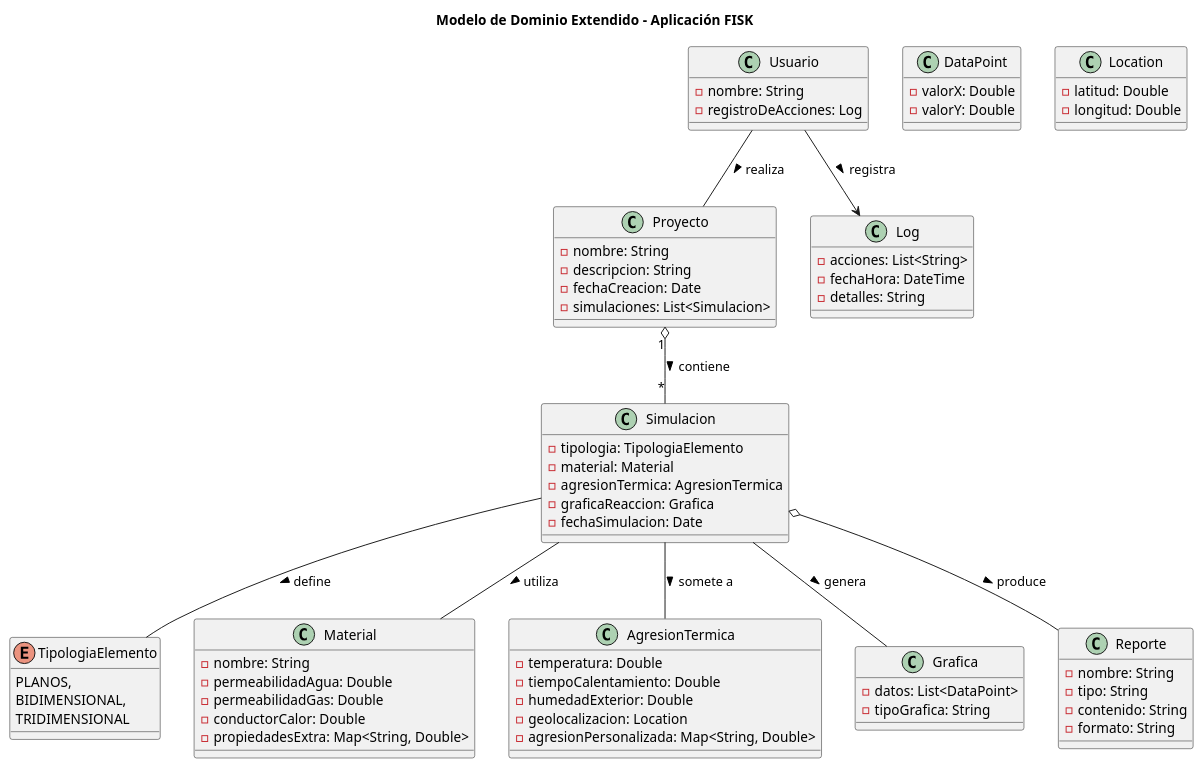
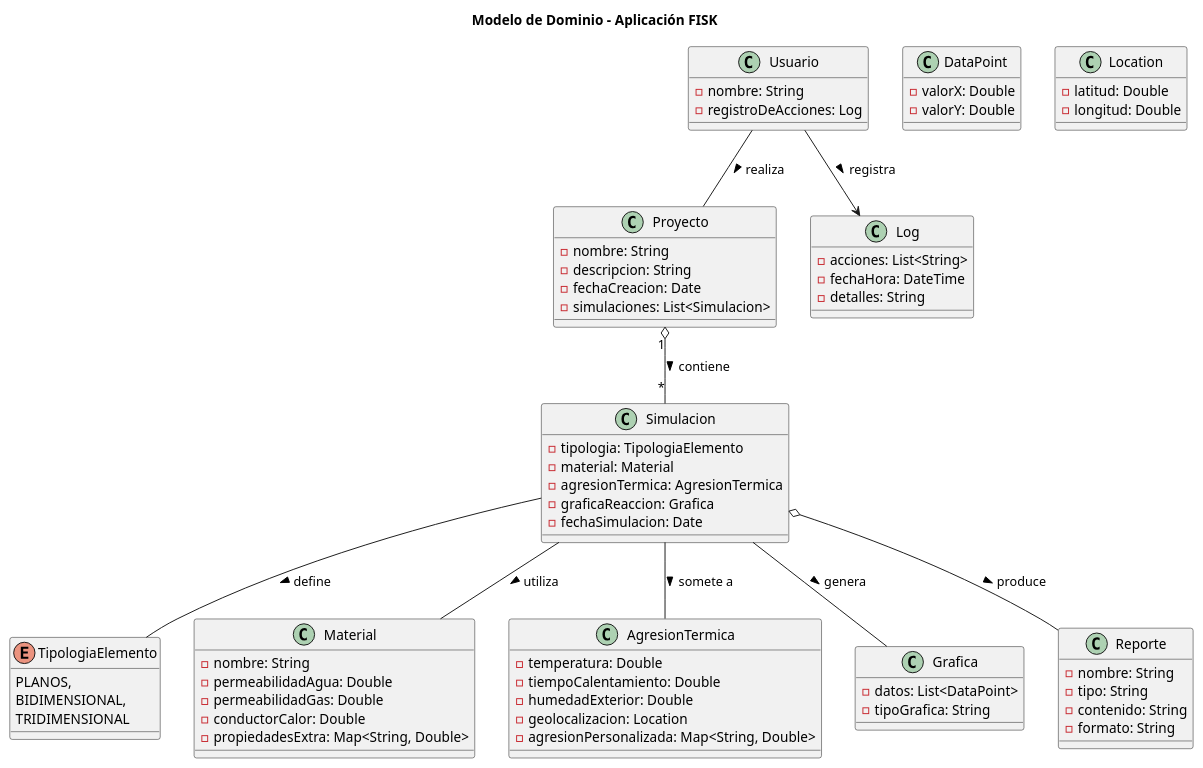
The diagram in modelosUML/modeloDomino.puml (mmasias/23-24-IdSw1-SDR), drawn with PlantUML before and after one commit. The commit also changed 8 other files, not shown here.

Commit message:
diagrama de estados, readme, arreglos leves

```diff
--- a/modelosUML/modeloDomino.puml
+++ b/modelosUML/modeloDomino.puml
@@ -1,83 +1,82 @@
 @startuml
-title Modelo de Dominio Extendido - Aplicación FISK
+title Modelo de Dominio - Aplicación FISK
 
 class Usuario {
     - nombre: String
     - registroDeAcciones: Log
 }
 
 class Proyecto {
     - nombre: String
     - descripcion: String
     - fechaCreacion: Date
     - simulaciones: List<Simulacion>
 }
 
 class Simulacion {
     - tipologia: TipologiaElemento
     - material: Material
     - agresionTermica: AgresionTermica
     - graficaReaccion: Grafica
     - fechaSimulacion: Date
 }
 
 enum TipologiaElemento {
     PLANOS,
     BIDIMENSIONAL,
     TRIDIMENSIONAL
 }
 
 class Material {
     - nombre: String
     - permeabilidadAgua: Double
     - permeabilidadGas: Double
     - conductorCalor: Double
     - propiedadesExtra: Map<String, Double>
 }
 
 class AgresionTermica {
     - temperatura: Double
     - tiempoCalentamiento: Double
     - humedadExterior: Double
     - geolocalizacion: Location
     - agresionPersonalizada: Map<String, Double>
 }
 
 class Grafica {
     - datos: List<DataPoint>
     - tipoGrafica: String
 }
 
 class DataPoint {
     - valorX: Double
     - valorY: Double
 }
 
 class Log {
     - acciones: List<String>
     - fechaHora: DateTime
     - detalles: String
 }
 
 class Reporte {
     - nombre: String
     - tipo: String
     - contenido: String
     - formato: String
 }
 
 class Location {
     - latitud: Double
     - longitud: Double
 }
 
 Usuario -- Proyecto : "realiza >"
 Proyecto "1" o-- "*" Simulacion : "contiene >"
 Simulacion -- TipologiaElemento : "define >"
 Simulacion -- Material : "utiliza >"
 Simulacion -- AgresionTermica : "somete a >"
 Simulacion -- Grafica : "genera >"
 Simulacion o-- Reporte : "produce >"
 Usuario --> Log : "registra >"
-
 @enduml
```
